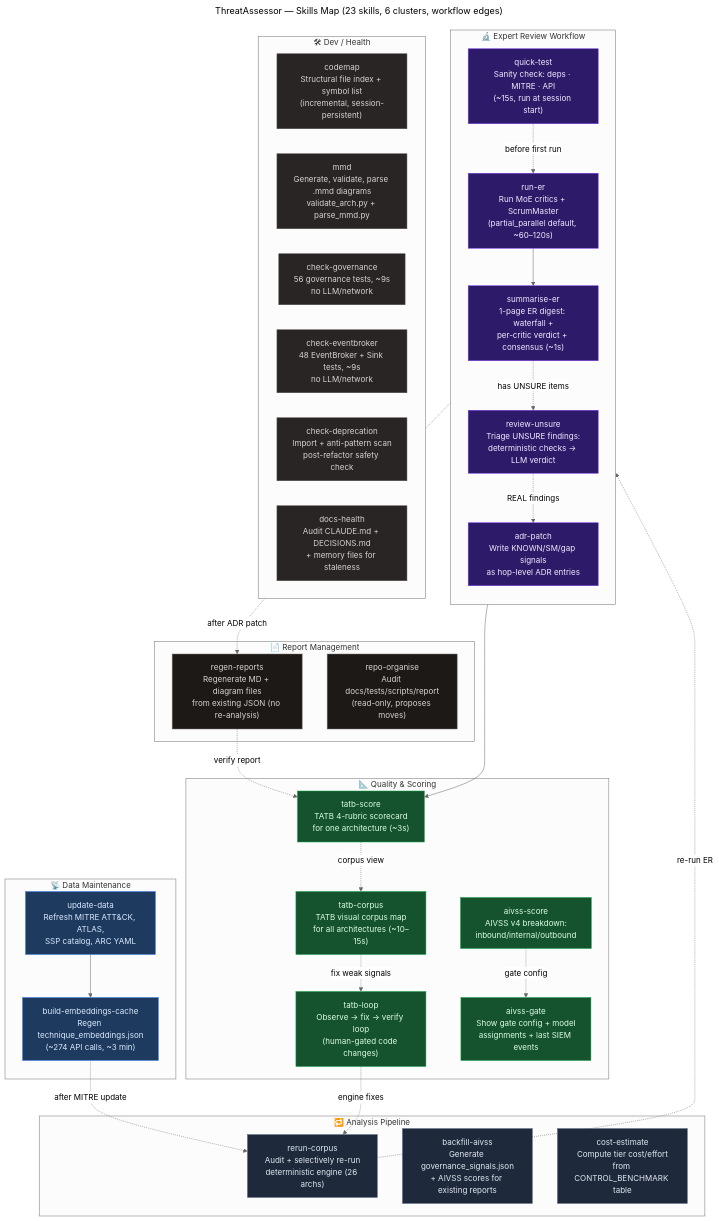
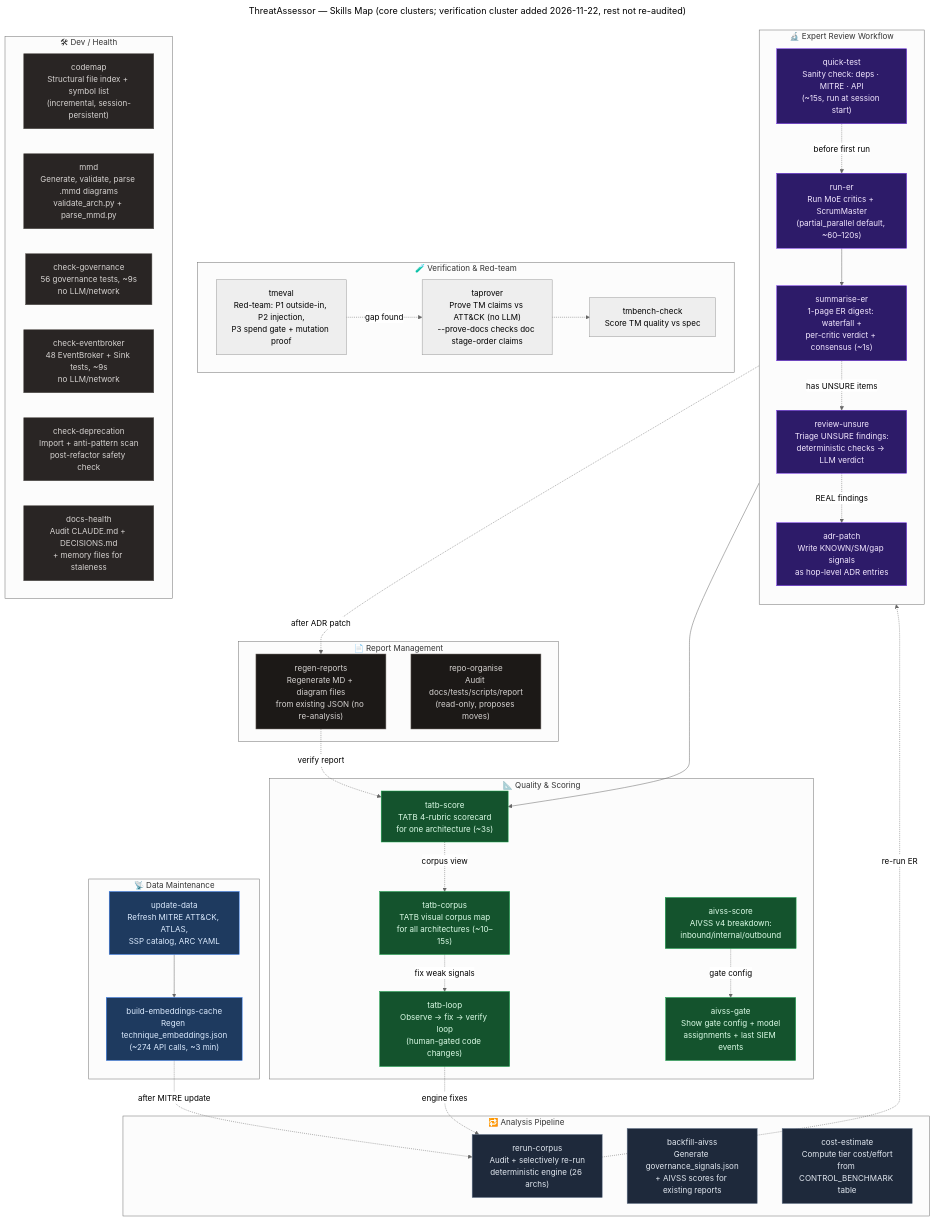
The diagram in .claude/graphs/skills.mmd (BerdTan/threatassessor), drawn with Mermaid (neutral theme) before and after one commit. The commit also changed 3 other files, not shown here.

Commit message:
docs(graphs): add spend gate to harness/master graphs; verification cluster in skills graph

```diff
--- a/.claude/graphs/skills.mmd
+++ b/.claude/graphs/skills.mmd
@@ -1,83 +1,92 @@
 ---
-title: ThreatAssessor — Skills Map (23 skills, 6 clusters, workflow edges)
-updated: 2026-07-18
+title: ThreatAssessor — Skills Map (core clusters; verification cluster added 2026-11-22, rest not re-audited)
+updated: 2026-11-22
 note: "Solid edges = required sequence. Dashed = optional follow-on. Each node = skill name + one-line purpose."
 ---
 graph TD
     %% ── Data maintenance cluster ────────────────────────────
     subgraph DATA["📡 Data Maintenance"]
         UD["update-data<br/>Refresh MITRE ATT&CK, ATLAS,<br/>SSP catalog, ARC YAML"]
         BEC["build-embeddings-cache<br/>Regen technique_embeddings.json<br/>(~274 API calls, ~3 min)"]
         UD --> BEC
     end
 
     %% ── Analysis cluster ────────────────────────────────────
     subgraph ANALYSIS["🔁 Analysis Pipeline"]
         RC["rerun-corpus<br/>Audit + selectively re-run<br/>deterministic engine (26 archs)"]
         BA["backfill-aivss<br/>Generate governance_signals.json<br/>+ AIVSS scores for existing reports"]
         CE["cost-estimate<br/>Compute tier cost/effort<br/>from CONTROL_BENCHMARK table"]
     end
 
     %% ── ER workflow cluster ─────────────────────────────────
     subgraph ER["🔬 Expert Review Workflow"]
         direction TB
         QT["quick-test<br/>Sanity check: deps · MITRE · API<br/>(~15s, run at session start)"]
         RER["run-er<br/>Run MoE critics + ScrumMaster<br/>(partial_parallel default, ~60–120s)"]
         SER["summarise-er<br/>1-page ER digest: waterfall +<br/>per-critic verdict + consensus (~1s)"]
         RU["review-unsure<br/>Triage UNSURE findings:<br/>deterministic checks → LLM verdict"]
         AP["adr-patch<br/>Write KNOWN/SM/gap signals<br/>as hop-level ADR entries"]
         QT -.->|"before first run"| RER
         RER --> SER
         SER -.->|"has UNSURE items"| RU
         RU -.->|"REAL findings"| AP
     end
 
     %% ── Quality cluster ─────────────────────────────────────
     subgraph QUALITY["📐 Quality & Scoring"]
         TS["tatb-score<br/>TATB 4-rubric scorecard<br/>for one architecture (~3s)"]
         TC["tatb-corpus<br/>TATB visual corpus map<br/>for all architectures (~10–15s)"]
         TL["tatb-loop<br/>Observe → fix → verify loop<br/>(human-gated code changes)"]
         AS["aivss-score<br/>AIVSS v4 breakdown:<br/>inbound/internal/outbound"]
         AG["aivss-gate<br/>Show gate config + model<br/>assignments + last SIEM events"]
         TS -.->|"corpus view"| TC
         TC -.->|"fix weak signals"| TL
         AS -.->|"gate config"| AG
     end
 
     %% ── Report cluster ──────────────────────────────────────
     subgraph REPORT["📄 Report Management"]
         RR["regen-reports<br/>Regenerate MD + diagram files<br/>from existing JSON (no re-analysis)"]
         RO["repo-organise<br/>Audit docs/tests/scripts/report<br/>(read-only, proposes moves)"]
     end
 
     %% ── Dev/health cluster ──────────────────────────────────
+    %% ── Verification & red-team cluster ─────────────────────
+    subgraph VERIFY["🧪 Verification & Red-team"]
+        TAP["taprover<br/>Prove TM claims vs ATT&CK (no LLM)<br/>--prove-docs checks doc stage-order claims"]
+        TME["tmeval<br/>Red-team: P1 outside-in, P2 injection,<br/>P3 spend gate + mutation proof"]
+        TBC["tmbench-check<br/>Score TM quality vs spec"]
+        TAP -.-> TBC
+        TME -.->|"gap found"| TAP
+    end
+
     subgraph DEV["🛠 Dev / Health"]
         CM["codemap<br/>Structural file index + symbol list<br/>(incremental, session-persistent)"]
         MMD["mmd<br/>Generate, validate, parse .mmd diagrams<br/>validate_arch.py + parse_mmd.py"]
         CG["check-governance<br/>56 governance tests, ~9s<br/>no LLM/network"]
         CEB["check-eventbroker<br/>48 EventBroker + Sink tests, ~9s<br/>no LLM/network"]
         CD["check-deprecation<br/>Import + anti-pattern scan<br/>post-refactor safety check"]
         DH["docs-health<br/>Audit CLAUDE.md + DECISIONS.md<br/>+ memory files for staleness"]
     end
 
     %% ── Cross-cluster workflow edges ────────────────────────
     BEC -.->|"after MITRE update"| RC
     RC -.->|"re-run ER"| RER
     RER --> TS
     AP -.->|"after ADR patch"| RR
     RR -.->|"verify report"| TS
     TL -.->|"engine fixes"| RC
 
     %% ── Styles ─────────────────────────────────────────────
     classDef data     fill:#1e3a5f,stroke:#3b82f6,color:#dbeafe
     classDef analysis fill:#1e293b,stroke:#64748b,color:#e2e8f0
     classDef er       fill:#2d1b69,stroke:#7c3aed,color:#f3e8ff
     classDef quality  fill:#14532d,stroke:#16a34a,color:#dcfce7
     classDef report   fill:#1c1917,stroke:#78716c,color:#d6d3d1
     classDef dev      fill:#292524,stroke:#57534e,color:#d6d3d1
     class UD,BEC data
     class RC,BA,CE analysis
     class QT,RER,SER,RU,AP er
     class TS,TC,TL,AS,AG quality
     class RR,RO report
     class CM,MMD,CG,CEB,CD,DH dev
```
